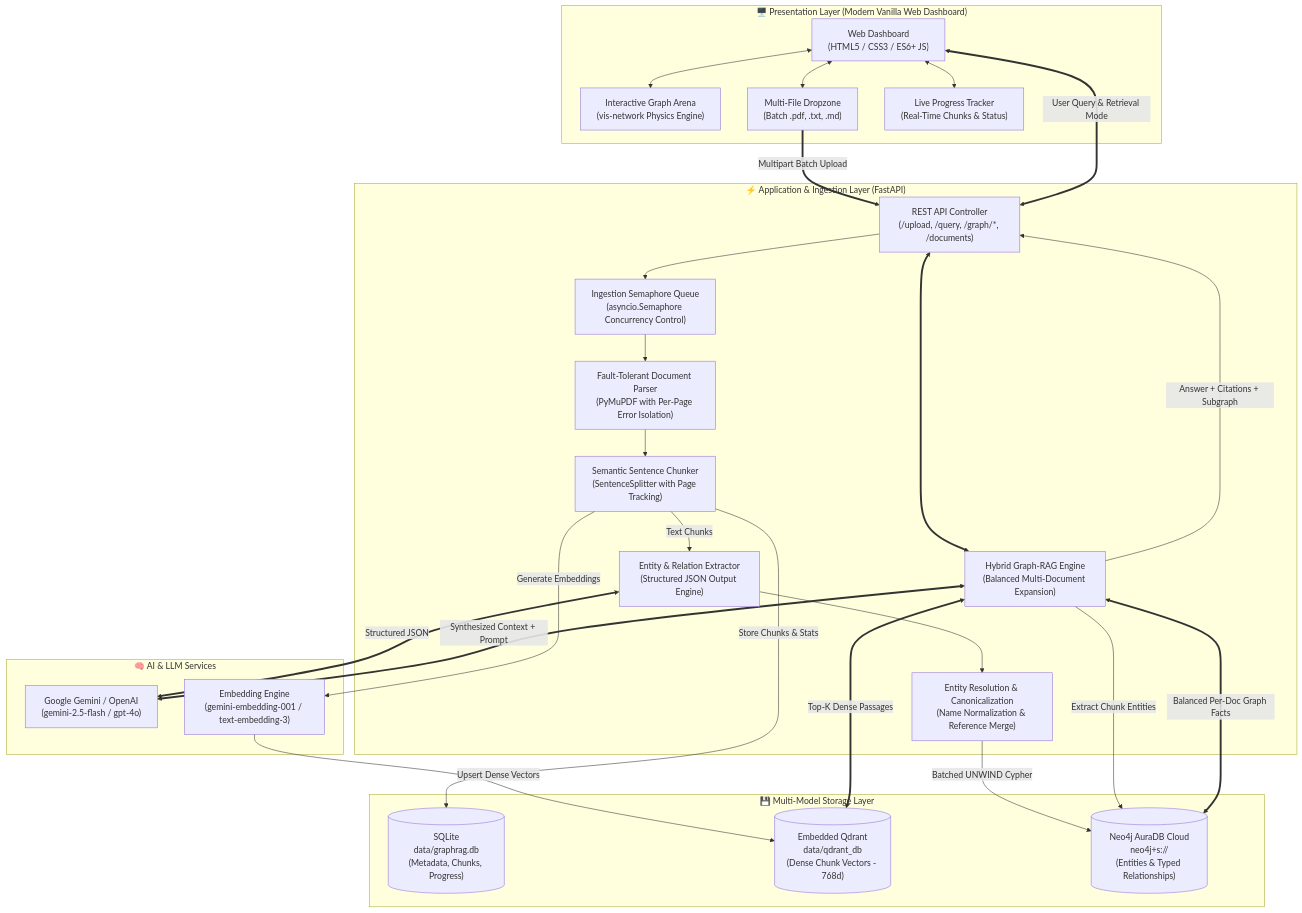
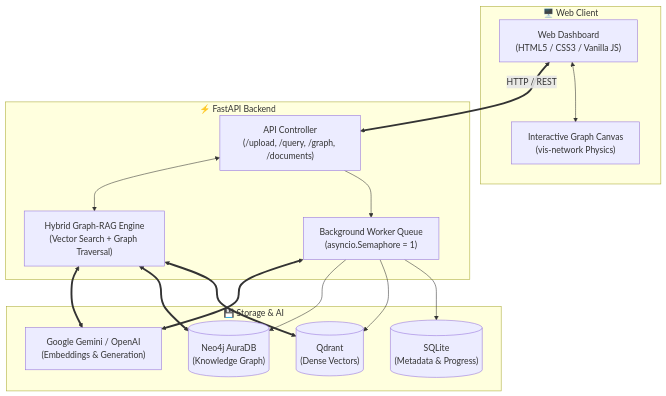
One commit to yuvrajgovindrao/GraphRAG changed the first of 2 diagrams in README.md. Above: the diagram before and after it, drawn with Mermaid. The commit also changed other lines of this file, not shown here.

Commit message:
docs: simplify system architecture & workflow flowcharts with parse-safe Mermaid syntax

````diff
--- a/README.md
+++ b/README.md
@@ -17,54 +17,32 @@
 ```mermaid
-flowchart TB
-    subgraph Client["🖥️ Presentation Layer (Modern Vanilla Web Dashboard)"]
-        UI["Web Dashboard\n(HTML5 / CSS3 / ES6+ JS)"]
-        VIS["Interactive Graph Arena\n(vis-network Physics Engine)"]
-        UPLOAD["Multi-File Dropzone\n(Batch .pdf, .txt, .md)"]
-        PROGRESS["Live Progress Tracker\n(Real-Time Chunks & Status)"]
+flowchart TD
+    subgraph Client["🖥️ Web Client"]
+        UI["Web Dashboard\n(HTML5 / CSS3 / Vanilla JS)"]
+        VIS["Interactive Graph Canvas\n(vis-network Physics)"]
         UI <--> VIS
-        UI <--> UPLOAD
-        UI <--> PROGRESS
     end
 
-    subgraph API["⚡ Application & Ingestion Layer (FastAPI)"]
-        ROUTER["REST API Controller\n(/upload, /query, /graph/*, /documents)"]
-        SEMAPHORE["Ingestion Semaphore Queue\n(asyncio.Semaphore Concurrency Control)"]
-        PARSER["Fault-Tolerant Document Parser\n(PyMuPDF with Per-Page Error Isolation)"]
-        CHUNKER["Semantic Sentence Chunker\n(SentenceSplitter with Page Tracking)"]
-        EXTRACTOR["Entity & Relation Extractor\n(Structured JSON Output Engine)"]
-        RESOLVER["Entity Resolution & Canonicalization\n(Name Normalization & Reference Merge)"]
-        RETRIEVER["Hybrid Graph-RAG Engine\n(Balanced Multi-Document Expansion)"]
+    subgraph Server["⚡ FastAPI Backend"]
+        API["API Controller\n(/upload, /query, /graph, /documents)"]
+        QUEUE["Background Worker Queue\n(asyncio.Semaphore = 1)"]
+        RAG["Hybrid Graph-RAG Engine\n(Vector Search + Graph Traversal)"]
+        API --> QUEUE
+        API <--> RAG
     end
 
-    subgraph Storage["💾 Multi-Model Storage Layer"]
-        SQLITE[("SQLite\ndata/graphrag.db\n(Metadata, Chunks, Progress)")]
-        QDRANT[("Embedded Qdrant\ndata/qdrant_db\n(Dense Chunk Vectors - 768d)")]
-        NEO4J[("Neo4j AuraDB Cloud\nneo4j+s://\n(Entities & Typed Relationships)")]
+    subgraph Data["💾 Storage & AI"]
+        SQLITE[("SQLite\n(Metadata & Progress)")]
+        QDRANT[("Qdrant\n(Dense Vectors)")]
+        NEO4J[("Neo4j AuraDB\n(Knowledge Graph)")]
+        LLM["Google Gemini / OpenAI\n(Embeddings & Generation)"]
     end
 
-    subgraph AI["🧠 AI & LLM Services"]
-        LLM["Google Gemini / OpenAI\n(gemini-2.5-flash / gpt-4o)"]
-        EMBED["Embedding Engine\n(gemini-embedding-001 / text-embedding-3)"]
-    end
-
-    %% Ingestion Pipeline Flow
-    UPLOAD ==>|Multipart Batch Upload| ROUTER
-    ROUTER --> SEMAPHORE
-    SEMAPHORE --> PARSER --> CHUNKER
-    CHUNKER -->|Store Chunks & Stats| SQLITE
-    CHUNKER -->|Generate Embeddings| EMBED
-    EMBED -->|Upsert Dense Vectors| QDRANT
-    CHUNKER -->|Text Chunks| EXTRACTOR
-    EXTRACTOR <==>|Structured JSON| LLM
-    EXTRACTOR --> RESOLVER
-    RESOLVER -->|Batched UNWIND Cypher| NEO4J
-
-    %% Query & Retrieval Flow
-    UI <==>|User Query & Retrieval Mode| ROUTER
-    ROUTER <==> RETRIEVER
-    RETRIEVER <==>|Top-K Dense Passages| QDRANT
-    RETRIEVER -->|Extract Chunk Entities| NEO4J
-    RETRIEVER <==>|Balanced Per-Doc Graph Facts| NEO4J
-    RETRIEVER <==>|Synthesized Context + Prompt| LLM
-    RETRIEVER -->|Answer + Citations + Subgraph| ROUTER
+    UI <==>|HTTP / REST| API
+    QUEUE --> SQLITE
+    QUEUE --> QDRANT
+    QUEUE --> NEO4J
+    RAG <==> QDRANT
+    RAG <==> NEO4J
+    RAG <==> LLM
+    QUEUE <==> LLM
 ```
````
